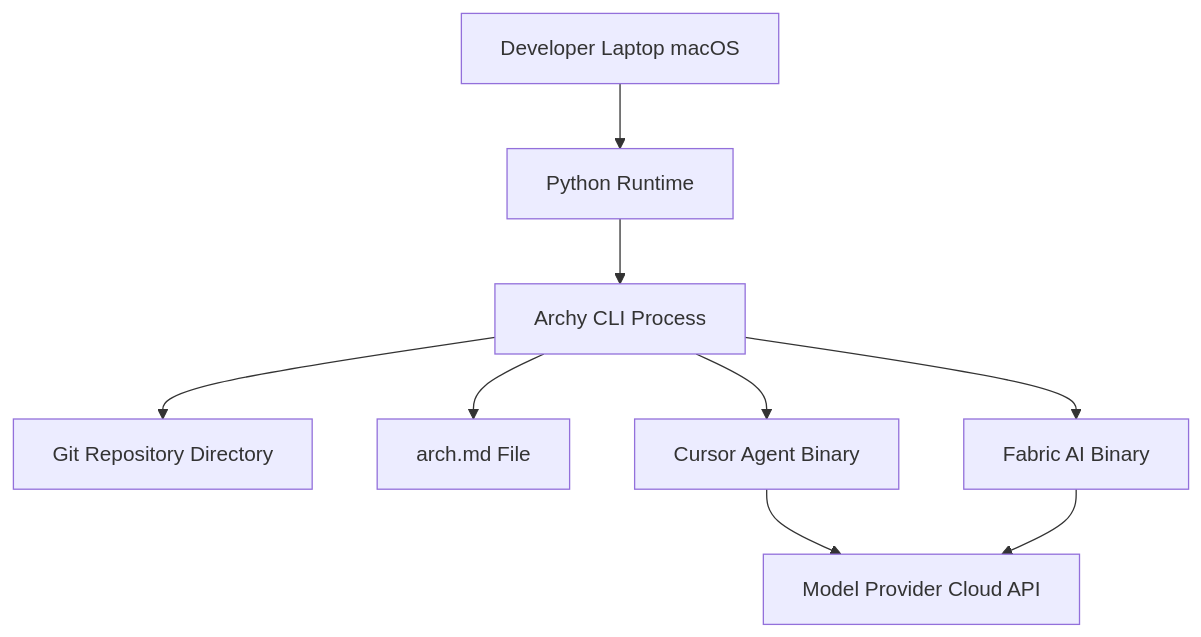
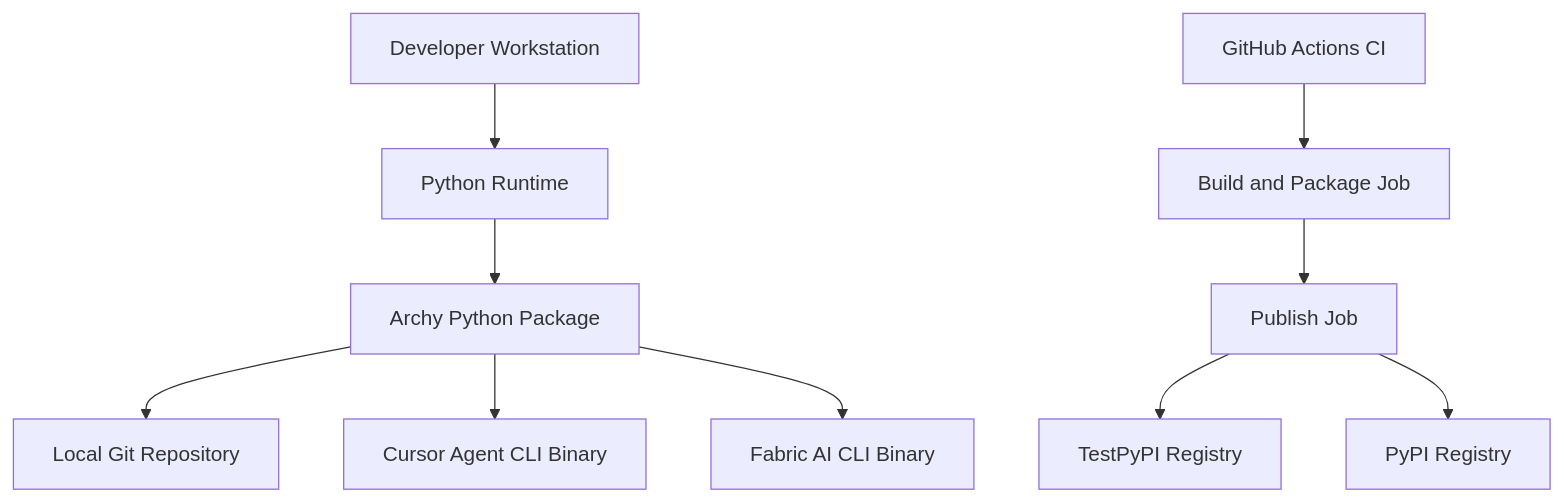
One commit to obzenner/archy changed the third of 3 diagrams in ARCHY.md. Above: the diagram before and after it, drawn with Mermaid. The commit also changed other lines of this file and 3 other files, not shown here.

````diff
--- a/ARCHY.md
+++ b/ARCHY.md
@@ -123,20 +142,26 @@
 ```mermaid
 flowchart TB
-    DevMachine[Developer Laptop macOS]
+    DeveloperWorkstation[Developer Workstation]
     PythonRuntime[Python Runtime]
-    ArchyProcess[Archy CLI Process]
-    RepoDirectory[Git Repository Directory]
-    ArchDocFile[arch.md File]
-    CursorAgentBinary[Cursor Agent Binary]
-    FabricBinary[Fabric AI Binary]
-    CloudModelAPI[Model Provider Cloud API]
+    ArchyPackage[Archy Python Package]
+    LocalGitRepository[Local Git Repository]
+    CursorAgentCLI[Cursor Agent CLI Binary]
+    FabricAI[Fabric AI CLI Binary]
 
-    DevMachine --> PythonRuntime
-    PythonRuntime --> ArchyProcess
-    ArchyProcess --> RepoDirectory
-    ArchyProcess --> ArchDocFile
-    ArchyProcess --> CursorAgentBinary
-    ArchyProcess --> FabricBinary
-    CursorAgentBinary --> CloudModelAPI
-    FabricBinary --> CloudModelAPI
+    GithubActionsCI[GitHub Actions CI]
+    BuildJob[Build and Package Job]
+    PublishJob[Publish Job]
+    TestPyPIRegistry[TestPyPI Registry]
+    PyPIRegistry[PyPI Registry]
+
+    DeveloperWorkstation --> PythonRuntime
+    PythonRuntime --> ArchyPackage
+    ArchyPackage --> LocalGitRepository
+    ArchyPackage --> CursorAgentCLI
+    ArchyPackage --> FabricAI
+
+    GithubActionsCI --> BuildJob
+    BuildJob --> PublishJob
+    PublishJob --> TestPyPIRegistry
+    PublishJob --> PyPIRegistry
 ```
````
